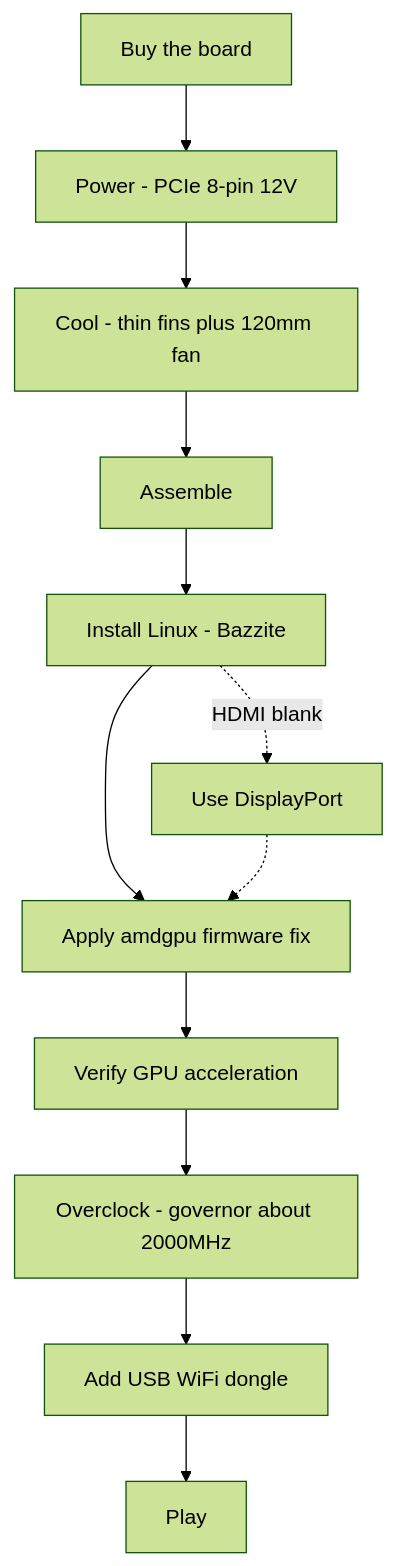
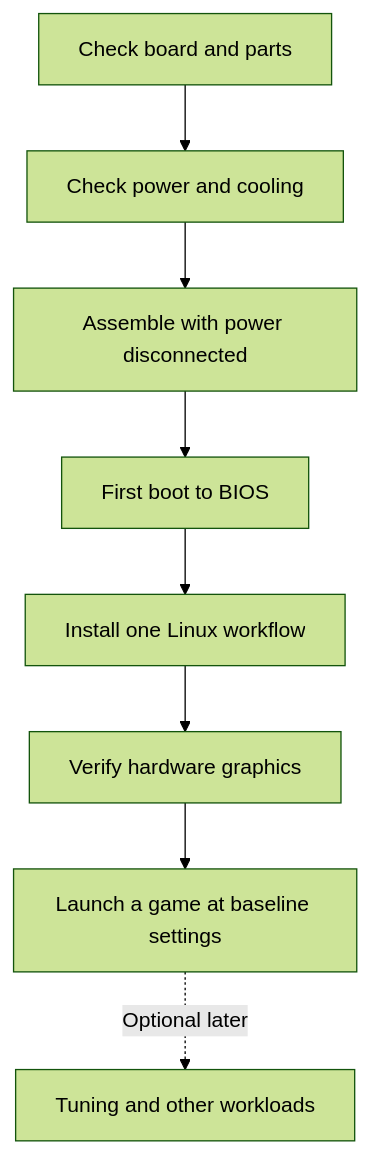
Before and after one commit to kalpakprod/awesome-bc250: the diagram in docs/en/00-start-here.md, drawn with Mermaid (forest theme). The commit also changed other lines of this file and 5 other files, not shown here.

Commit message:
docs: refresh the first-build route and Linux verification

````diff
--- a/docs/en/00-start-here.md
+++ b/docs/en/00-start-here.md
@@ -25,14 +22,10 @@
 ```mermaid
 flowchart TD
-    A["Buy the board"] --> B["Power - PCIe 8-pin 12V"]
-    B --> C["Cool - thin fins plus 120mm fan"]
-    C --> D["Assemble"]
-    D --> E["Install Linux - Bazzite"]
-    E --> F["Apply amdgpu firmware fix"]
-    F --> G["Verify GPU acceleration"]
-    G --> H["Overclock - governor about 2000MHz"]
-    H --> I["Add USB WiFi dongle"]
-    I --> J["Play"]
-    E -.->|"HDMI blank"| K["Use DisplayPort"]
-    K -.-> F
+    A[Check board and parts] --> B[Check power and cooling]
+    B --> C[Assemble with power disconnected]
+    C --> D[First boot to BIOS]
+    D --> E[Install one Linux workflow]
+    E --> F[Verify hardware graphics]
+    F --> G[Launch a game at baseline settings]
+    G -. Optional later .-> H[Tuning and other workloads]
 ```
````
